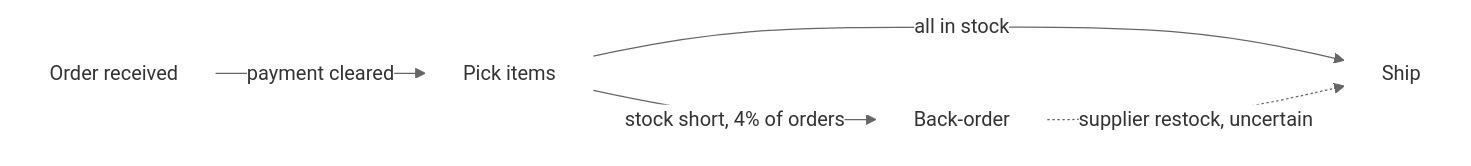
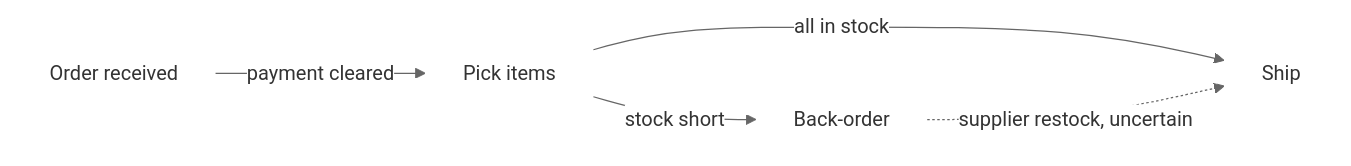
One commit to mayar-ariss/tufte changed the first of 2 diagrams in rules/diagrams-flowcharts.md. Above: the diagram before and after it, drawn with Mermaid. The commit also changed other lines of this file and 5 other files, not shown here.

Commit message:
Nature's rules for diagrams; no gridlines; keylines and colored boxes for color references

````diff
--- a/rules/diagrams-flowcharts.md
+++ b/rules/diagrams-flowcharts.md
@@ -133,11 +145,11 @@
 ```mermaid
 %%{init: {"themeVariables": {"edgeLabelBackground": "#ffffff", "fontFamily": "Helvetica, Arial, sans-serif"}}}%%
 flowchart LR
   A[Order received] -->|payment cleared| B[Pick items]
-  B -->|stock short, 4% of orders| C[Back-order]
+  B -->|stock short| C[Back-order]
   B -->|all in stock| D[Ship]
   C -.->|supplier restock, uncertain| D
   classDef plain fill:none,stroke:none;
   class A,B,C,D plain;
   linkStyle default stroke:#666,stroke-width:1px;
 ```
````
